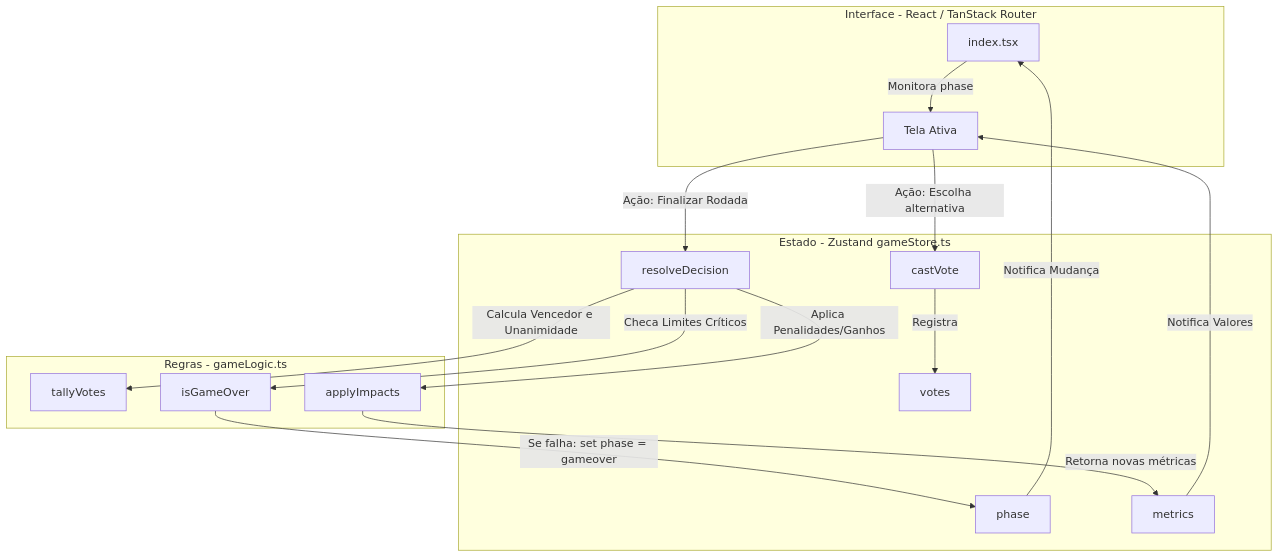
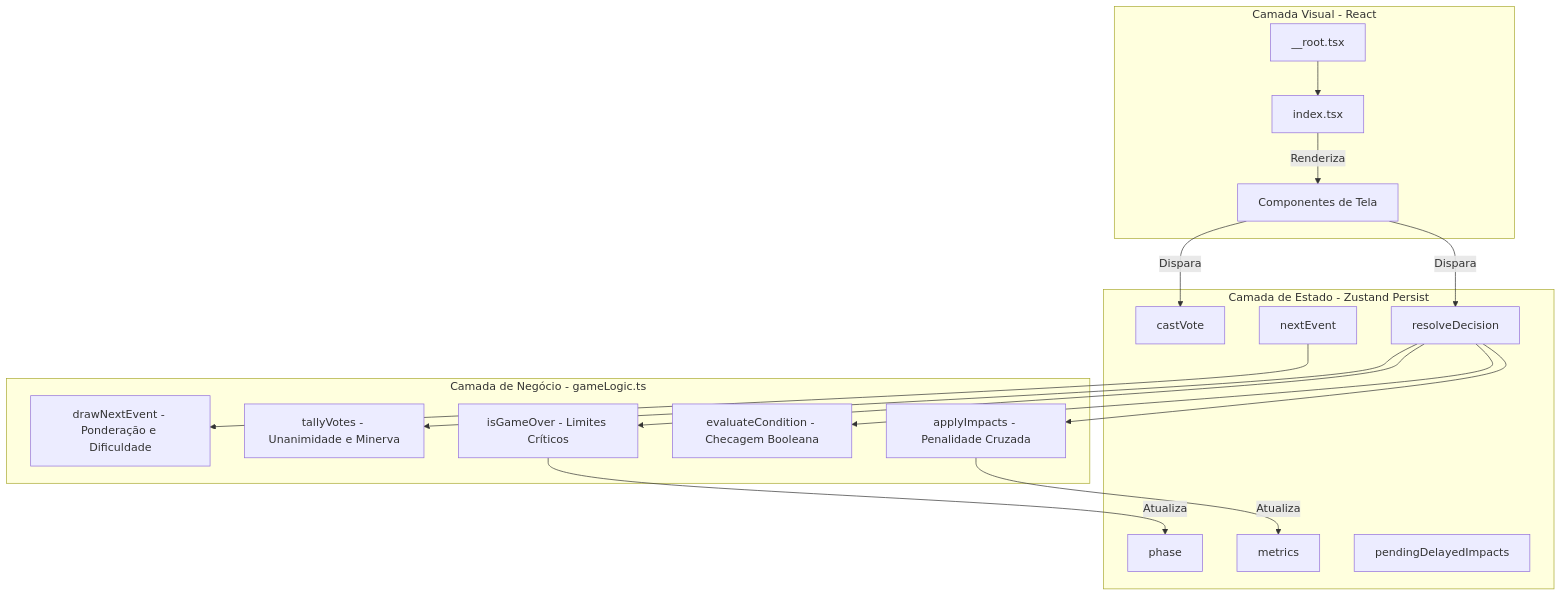
One commit to samuelcosta-pd/hardworkmanager changed the sixth of 7 diagrams in documentacao_tecnica_tcc2.md. Above: the diagram before and after it, drawn with Mermaid. The commit also changed other lines of this file and 19 other files, not shown here.

Commit message:
refactor: remove static event modules and consolidate event management logic

````diff
--- a/documentacao_tecnica_tcc2.md
+++ b/documentacao_tecnica_tcc2.md
@@ -590,42 +728,39 @@
 ```mermaid
 graph TD
-    subgraph View [Interface - React / TanStack Router]
-        Index[index.tsx]
-        ScreenActive[Tela Ativa]
-    end
-    
-    subgraph Store [Estado - Zustand gameStore.ts]
-        StatePhase[phase]
-        StateMetrics[metrics]
-        StateVotes[votes]
-        ActionVote[castVote]
-        ActionResolve[resolveDecision]
-    end
-    
-    subgraph Engine [Regras - gameLogic.ts]
-        Tally[tallyVotes]
-        Impacts[applyImpacts]
-        GameOverCheck[isGameOver]
+    subgraph ViewLayer [Camada Visual - React]
+        AppRoot[__root.tsx]
+        IndexSwitcher[index.tsx]
+        ScreenComponents[Componentes de Tela]
     end
 
-    %% Fluxo de Renderização de Tela
-    Index -->|Monitora phase| ScreenActive
+    subgraph StoreLayer [Camada de Estado - Zustand Persist]
+        StorePhase[phase]
+        StoreMetrics[metrics]
+        StorePending[pendingDelayedImpacts]
+        StoreActionVote[castVote]
+        StoreActionResolve[resolveDecision]
+        StoreActionNext[nextEvent]
+    end
+
+    subgraph LogicLayer [Camada de Negócio - gameLogic.ts]
+        DrawAlgo[drawNextEvent - Ponderação e Dificuldade]
+        TallyAlgo[tallyVotes - Unanimidade e Minerva]
+        ImpactAlgo[applyImpacts - Penalidade Cruzada]
+        EvalCond[evaluateCondition - Checagem Booleana]
+        GameOverTest[isGameOver - Limites Críticos]
+    end
+
+    AppRoot --> IndexSwitcher
+    IndexSwitcher -->|Renderiza| ScreenComponents
+    ScreenComponents -->|Dispara| StoreActionVote
+    ScreenComponents -->|Dispara| StoreActionResolve
     
-    %% Registro de Voto
-    ScreenActive -->|Ação: Escolha alternativa| ActionVote
-    ActionVote -->|Registra| StateVotes
+    StoreActionResolve --> TallyAlgo
+    StoreActionResolve --> ImpactAlgo
+    StoreActionResolve --> EvalCond
+    StoreActionResolve --> GameOverTest
     
-    %% Resolução de Decisão
-    ScreenActive -->|Ação: Finalizar Rodada| ActionResolve
-    ActionResolve -->|Calcula Vencedor e Unanimidade| Tally
-    ActionResolve -->|Aplica Penalidades/Ganhos| Impacts
-    
-    %% Atualização de Métricas e Fim de Jogo
-    Impacts -->|Retorna novas métricas| StateMetrics
-    ActionResolve -->|Checa Limites Críticos| GameOverCheck
-    GameOverCheck -->|Se falha: set phase = gameover| StatePhase
-    
-    %% Feedback
-    StatePhase -->|Notifica Mudança| Index
-    StateMetrics -->|Notifica Valores| ScreenActive
+    GameOverTest -->|Atualiza| StorePhase
+    ImpactAlgo -->|Atualiza| StoreMetrics
+    StoreActionNext --> DrawAlgo
 ```
````
